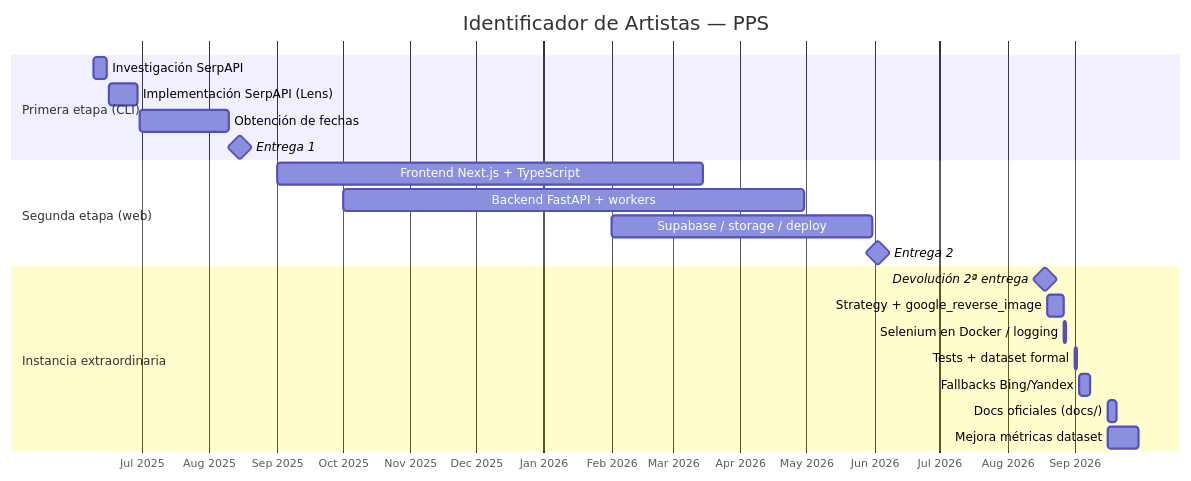
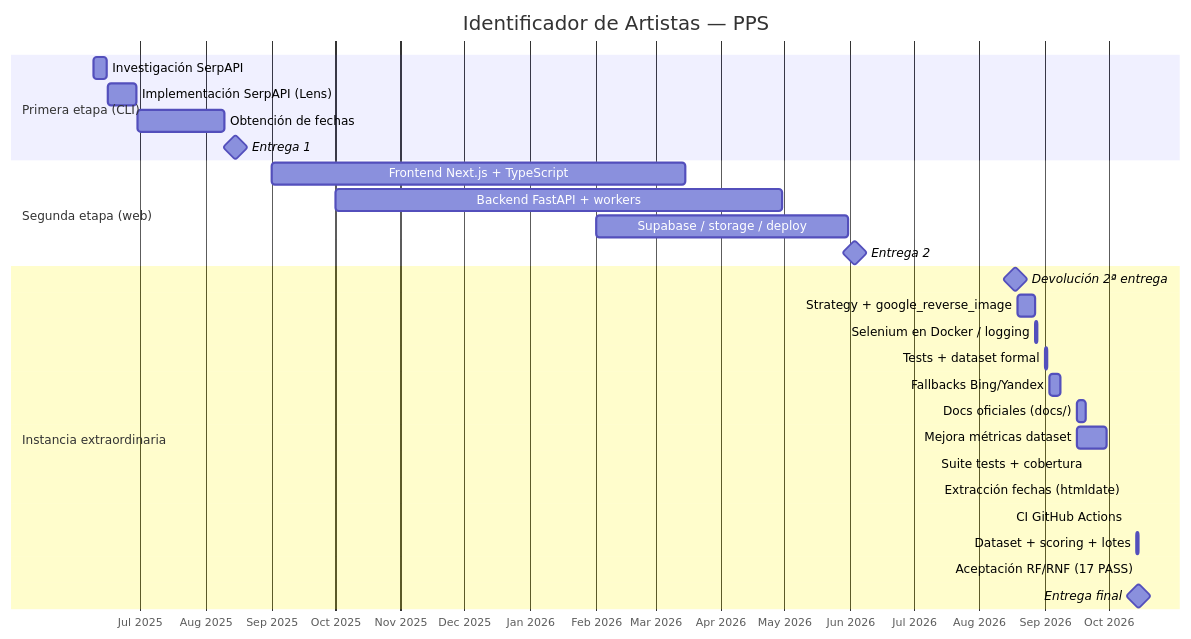
One commit to Nico-DM/identificador changed the diagram in docs/gantt.md. Above: the diagram before and after it, drawn with Mermaid. The commit also changed other lines of this file, not shown here.

````diff
--- a/docs/gantt.md
+++ b/docs/gantt.md
@@ -19,27 +19,33 @@
 ```mermaid
 gantt
     title Identificador de Artistas — PPS
     dateFormat  YYYY-MM-DD
     axisFormat  %b %Y
 
     section Primera etapa (CLI)
     Investigación SerpAPI           :a1, 2025-06-09, 2025-06-15
     Implementación SerpAPI (Lens)   :a2, 2025-06-16, 2025-06-29
     Obtención de fechas             :a3, 2025-06-30, 2025-08-10
     Entrega 1                       :milestone, m1, 2025-08-15, 0d
 
     section Segunda etapa (web)
     Frontend Next.js + TypeScript   :b1, 2025-09-01, 2026-03-15
     Backend FastAPI + workers       :b2, 2025-10-01, 2026-04-30
     Supabase / storage / deploy     :b3, 2026-02-01, 2026-05-31
     Entrega 2                       :milestone, m2, 2026-06-03, 0d
 
     section Instancia extraordinaria
     Devolución 2ª entrega           :milestone, m3, 2026-08-18, 0d
     Strategy + google_reverse_image :c1, 2026-08-19, 2026-08-27
     Selenium en Docker / logging    :c2, 2026-08-27, 2026-08-28
     Tests + dataset formal          :c3, 2026-09-01, 2026-09-02
     Fallbacks Bing/Yandex           :c4, 2026-09-03, 2026-09-08
     Docs oficiales (docs/)          :c5, 2026-09-16, 2026-09-20
     Mejora métricas dataset         :c6, 2026-09-16, 2026-09-30
+    Suite tests + cobertura         :c7, 2026-09-21, 2026-09-21
+    Extracción fechas (htmldate)    :c8, 2026-10-09, 2026-10-09
+    CI GitHub Actions               :c9, 2026-10-10, 2026-10-10
+    Dataset + scoring + lotes       :c10, 2026-10-14, 2026-10-15
+    Aceptación RF/RNF (17 PASS)     :c11, 2026-10-15, 2026-10-15
+    Entrega final                   :milestone, m4, 2026-10-15, 0d
 ```
````
